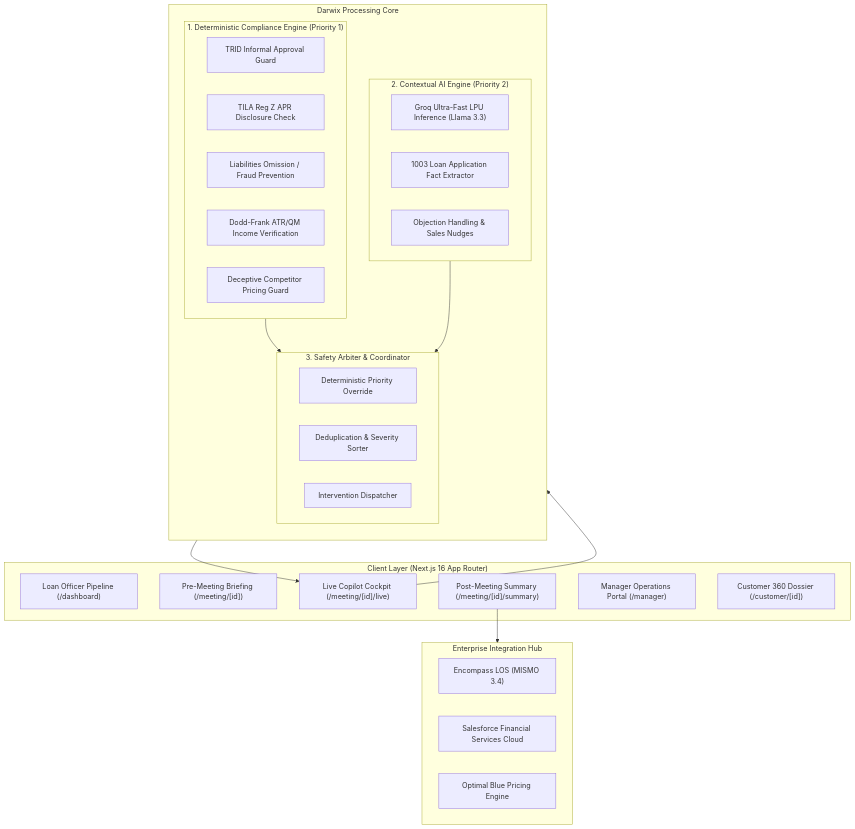
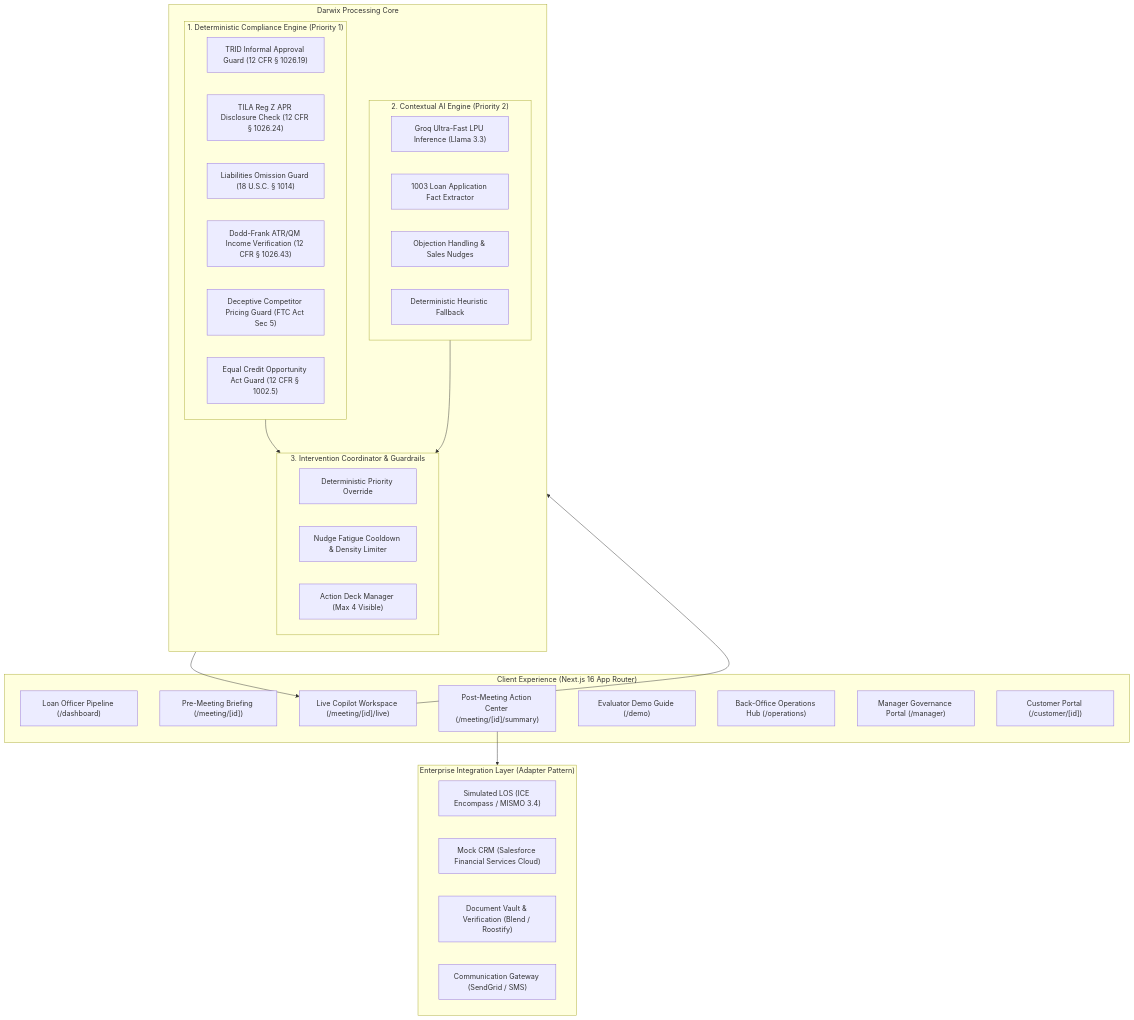
One commit to Roushan0012/mortgage-ai-copilot changed the diagram in README.md. Above: the diagram before and after it, drawn with Mermaid. The commit also changed other lines of this file and 16 other files, not shown here.

Commit message:
feat: harden mortgage copilot for assessment demo

````diff
--- a/README.md
+++ b/README.md
@@ -31,46 +29,51 @@
 ```mermaid
 flowchart TB
-    subgraph Client ["Client Layer (Next.js 16 App Router)"]
+    subgraph ClientLayer ["Client Experience (Next.js 16 App Router)"]
         UI_Dash["Loan Officer Pipeline (/dashboard)"]
         UI_Brief["Pre-Meeting Briefing (/meeting/[id])"]
-        UI_Live["Live Copilot Cockpit (/meeting/[id]/live)"]
-        UI_Summ["Post-Meeting Summary (/meeting/[id]/summary)"]
-        UI_Mgr["Manager Operations Portal (/manager)"]
-        UI_Cust["Customer 360 Dossier (/customer/[id])"]
+        UI_Live["Live Copilot Workspace (/meeting/[id]/live)"]
+        UI_Summ["Post-Meeting Action Center (/meeting/[id]/summary)"]
+        UI_Demo["Evaluator Demo Guide (/demo)"]
+        UI_Ops["Back-Office Operations Hub (/operations)"]
+        UI_Mgr["Manager Governance Portal (/manager)"]
+        UI_Cust["Customer Portal (/customer/[id])"]
     end
 
-    subgraph DualEngine ["Darwix Processing Core"]
+    subgraph ProcessingCore ["Darwix Processing Core"]
         direction TB
         subgraph DeterministicEngine ["1. Deterministic Compliance Engine (Priority 1)"]
-            TRID["TRID Informal Approval Guard"]
-            TILA["TILA Reg Z APR Disclosure Check"]
-            FRAUD["Liabilities Omission / Fraud Prevention"]
-            QM["Dodd-Frank ATR/QM Income Verification"]
-            UDAAP["Deceptive Competitor Pricing Guard"]
+            TRID["TRID Informal Approval Guard (12 CFR § 1026.19)"]
+            TILA["TILA Reg Z APR Disclosure Check (12 CFR § 1026.24)"]
+            FRAUD["Liabilities Omission Guard (18 U.S.C. § 1014)"]
+            ATR["Dodd-Frank ATR/QM Income Verification (12 CFR § 1026.43)"]
+            UDAAP["Deceptive Competitor Pricing Guard (FTC Act Sec 5)"]
+            ECOA["Equal Credit Opportunity Act Guard (12 CFR § 1002.5)"]
         end
 
         subgraph AIEngine ["2. Contextual AI Engine (Priority 2)"]
             GroqSDK["Groq Ultra-Fast LPU Inference (Llama 3.3)"]
             FactExtract["1003 Loan Application Fact Extractor"]
             Objection["Objection Handling & Sales Nudges"]
+            HeuristicFallback["Deterministic Heuristic Fallback"]
         end
 
-        subgraph Arbiter ["3. Safety Arbiter & Coordinator"]
+        subgraph Coordinator ["3. Intervention Coordinator & Guardrails"]
             Override["Deterministic Priority Override"]
-            Dedupe["Deduplication & Severity Sorter"]
-            CardDispatch["Intervention Dispatcher"]
+            FatigueControl["Nudge Fatigue Cooldown & Density Limiter"]
+            DeckManager["Action Deck Manager (Max 4 Visible)"]
         end
     end
 
-    subgraph Integrations ["Enterprise Integration Hub"]
-        LOS["Encompass LOS (MISMO 3.4)"]
-        CRM["Salesforce Financial Services Cloud"]
-        PPE["Optimal Blue Pricing Engine"]
+    subgraph EnterpriseHub ["Enterprise Integration Layer (Adapter Pattern)"]
+        LOS["Simulated LOS (ICE Encompass / MISMO 3.4)"]
+        CRM["Mock CRM (Salesforce Financial Services Cloud)"]
+        DOCS["Document Vault & Verification (Blend / Roostify)"]
+        COMM["Communication Gateway (SendGrid / SMS)"]
     end
 
-    UI_Live --> DualEngine
-    DeterministicEngine --> Arbiter
-    AIEngine --> Arbiter
-    Arbiter --> UI_Live
-    UI_Summ --> Integrations
+    UI_Live --> ProcessingCore
+    DeterministicEngine --> Coordinator
+    AIEngine --> Coordinator
+    Coordinator --> UI_Live
+    UI_Summ --> EnterpriseHub
 ```
````
